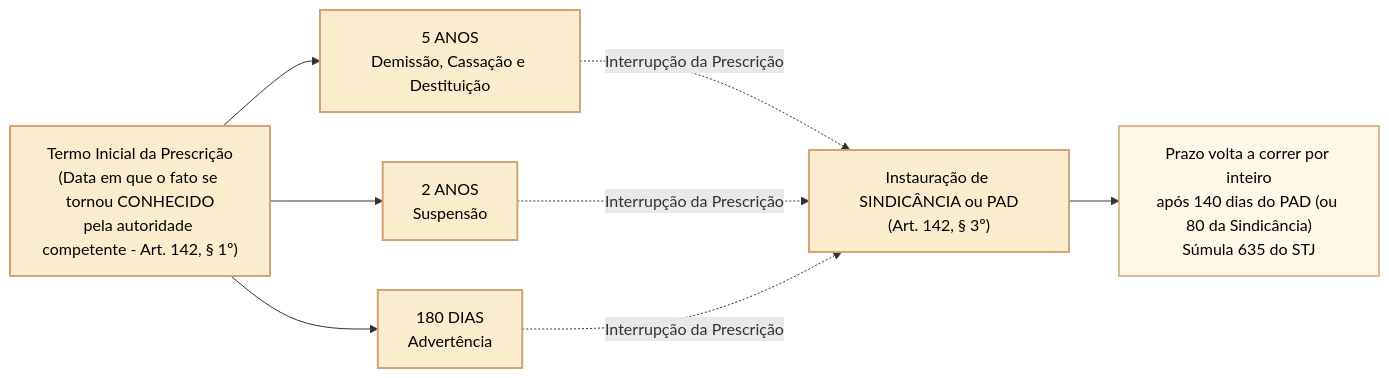
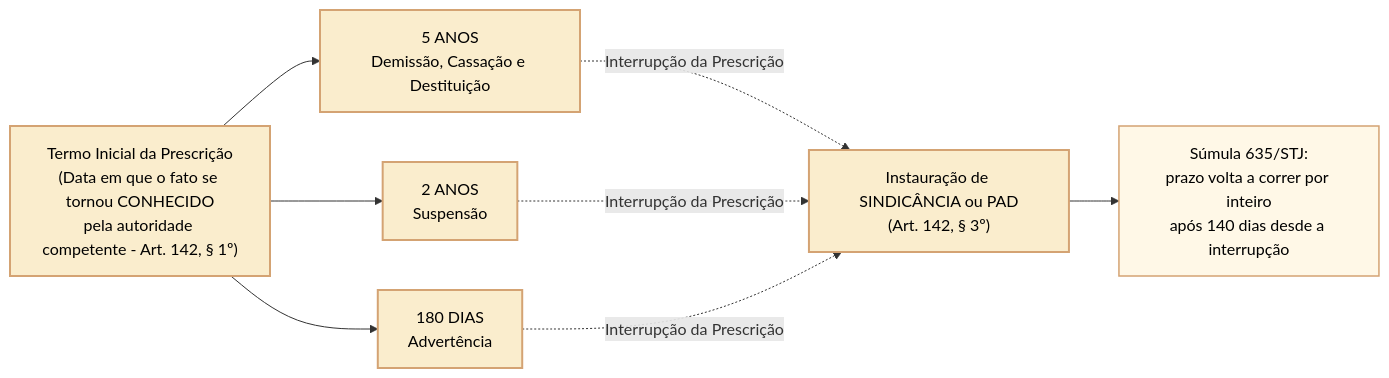
The third of 3 diagrams in 3 - Materias/Direito Administrativo/22 - lei 8112 responsabilidades e penalidades disciplinares.md (leorruas/concursos), drawn with Mermaid before and after one commit. The commit also changed other lines of this file, not shown here.

Commit message:
fix(DA22): harmonizar diagrama da Sumula 635 e precedente ADPF 418

````diff
--- a/3 - Materias/Direito Administrativo/22 - lei 8112 responsabilidades e penalidades disciplinares.md
+++ b/3 - Materias/Direito Administrativo/22 - lei 8112 responsabilidades e penalidades disciplinares.md
@@ -151,18 +151,18 @@
 ```mermaid
 flowchart LR
     classDef raiz fill:#faedcd,stroke:#d4a373,stroke-width:2px,color:#000000;
     classDef criterio fill:#faedcd,stroke:#d4a373,stroke-width:2px,color:#000000;
     classDef opcao fill:#fff8e7,stroke:#d4a373,stroke-width:1.5px,color:#000000;
 
     TERMO["Termo Inicial da Prescrição<br>(Data em que o fato se tornou CONHECIDO<br>pela autoridade competente - Art. 142, § 1º)"]:::raiz
     
     TERMO --> DEM["5 ANOS<br>Demissão, Cassação e Destituição"]:::criterio
     TERMO --> SUSP["2 ANOS<br>Suspensão"]:::criterio
     TERMO --> ADV["180 DIAS<br>Advertência"]:::criterio
     
     DEM -. "Interrupção da Prescrição" .-> INT["Instauração de SINDICÂNCIA ou PAD<br>(Art. 142, § 3º)"]:::raiz
     SUSP -. "Interrupção da Prescrição" .-> INT
     ADV -. "Interrupção da Prescrição" .-> INT
     
-    INT --> REIN["Prazo volta a correr por inteiro<br>após 140 dias do PAD (ou 80 da Sindicância)<br>Súmula 635 do STJ"]:::opcao
+    INT --> REIN["Súmula 635/STJ:<br>prazo volta a correr por inteiro<br>após 140 dias desde a interrupção"]:::opcao
 ```
````
